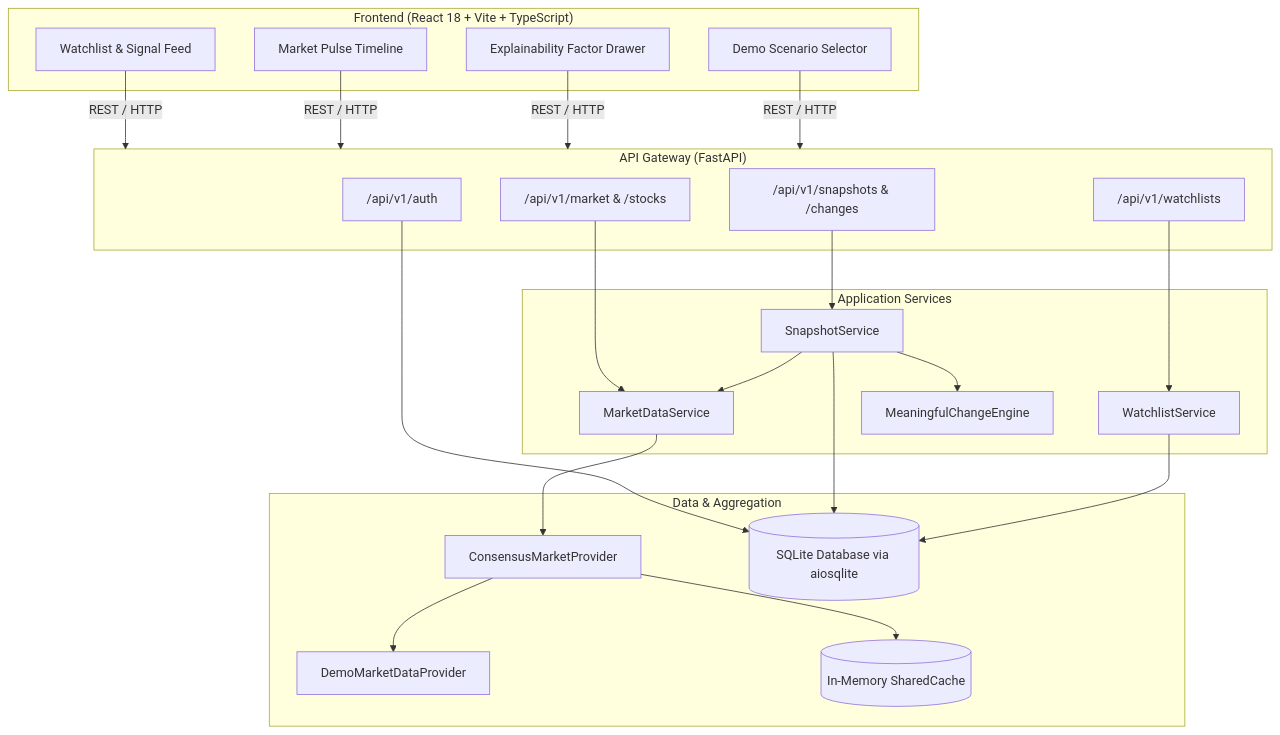
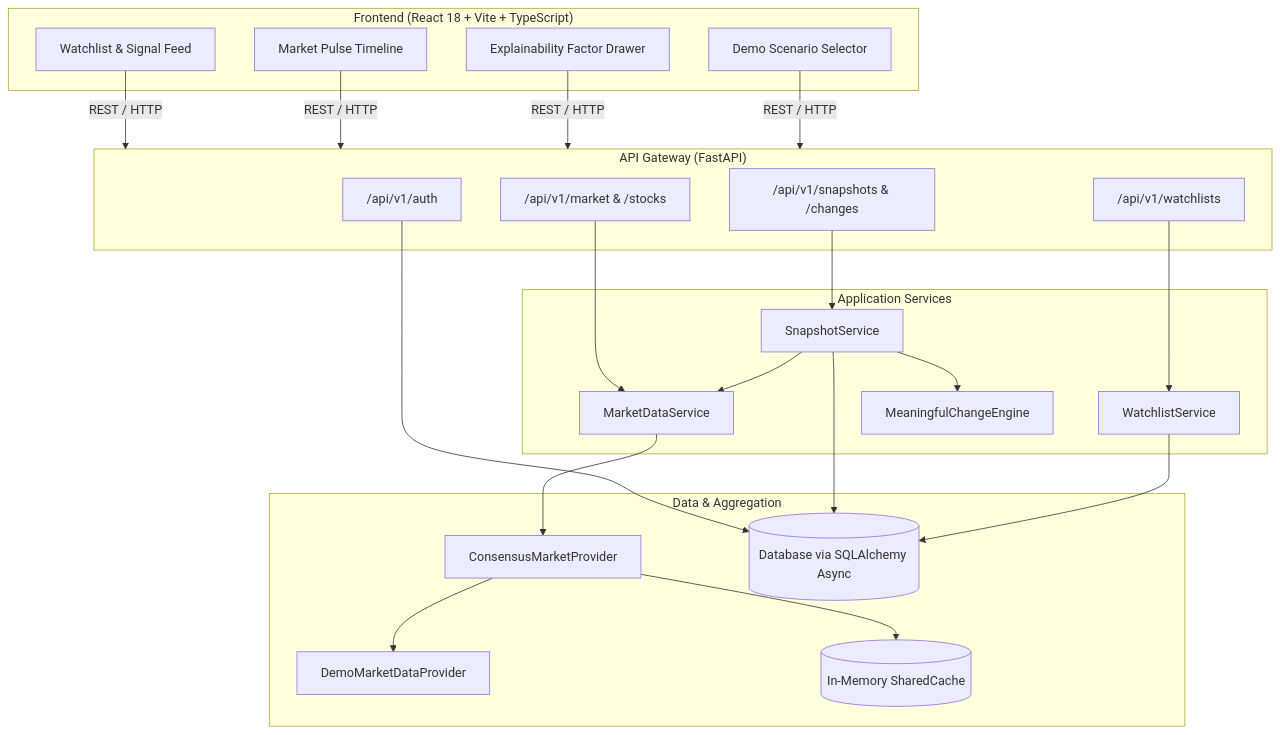
The diagram in README.md (dharshini66/Flux), drawn with Mermaid before and after one commit. The commit also changed other lines of this file and 1 other file, not shown here.

````diff
--- a/README.md
+++ b/README.md
@@ -99,48 +120,48 @@
 ```mermaid
 flowchart TD
     subgraph Client ["Frontend (React 18 + Vite + TypeScript)"]
         UI[Watchlist & Signal Feed]
         Pulse[Market Pulse Timeline]
         Drawer[Explainability Factor Drawer]
         DemoBar[Demo Scenario Selector]
     end
 
     subgraph API ["API Gateway (FastAPI)"]
         AuthRouter["/api/v1/auth"]
         WatchRouter["/api/v1/watchlists"]
         SnapRouter["/api/v1/snapshots & /changes"]
         MarketRouter["/api/v1/market & /stocks"]
     end
 
     subgraph ServiceLayer ["Application Services"]
         SnapService[SnapshotService]
         WatchService[WatchlistService]
         MarketService[MarketDataService]
         Engine[MeaningfulChangeEngine]
     end
 
     subgraph DataAccess ["Data & Aggregation"]
         Consensus[ConsensusMarketProvider]
         DemoProv[DemoMarketDataProvider]
         Cache[(In-Memory SharedCache)]
-        DB[(SQLite Database via aiosqlite)]
+        DB[(Database via SQLAlchemy Async)]
     end
 
     UI -->|REST / HTTP| API
     Pulse -->|REST / HTTP| API
     Drawer -->|REST / HTTP| API
     DemoBar -->|REST / HTTP| API
 
     AuthRouter --> DB
     WatchRouter --> WatchService
     SnapRouter --> SnapService
     MarketRouter --> MarketService
 
     SnapService --> Engine
     SnapService --> MarketService
     SnapService --> DB
     WatchService --> DB
     MarketService --> Consensus
     Consensus --> Cache
     Consensus --> DemoProv
 ```
````
